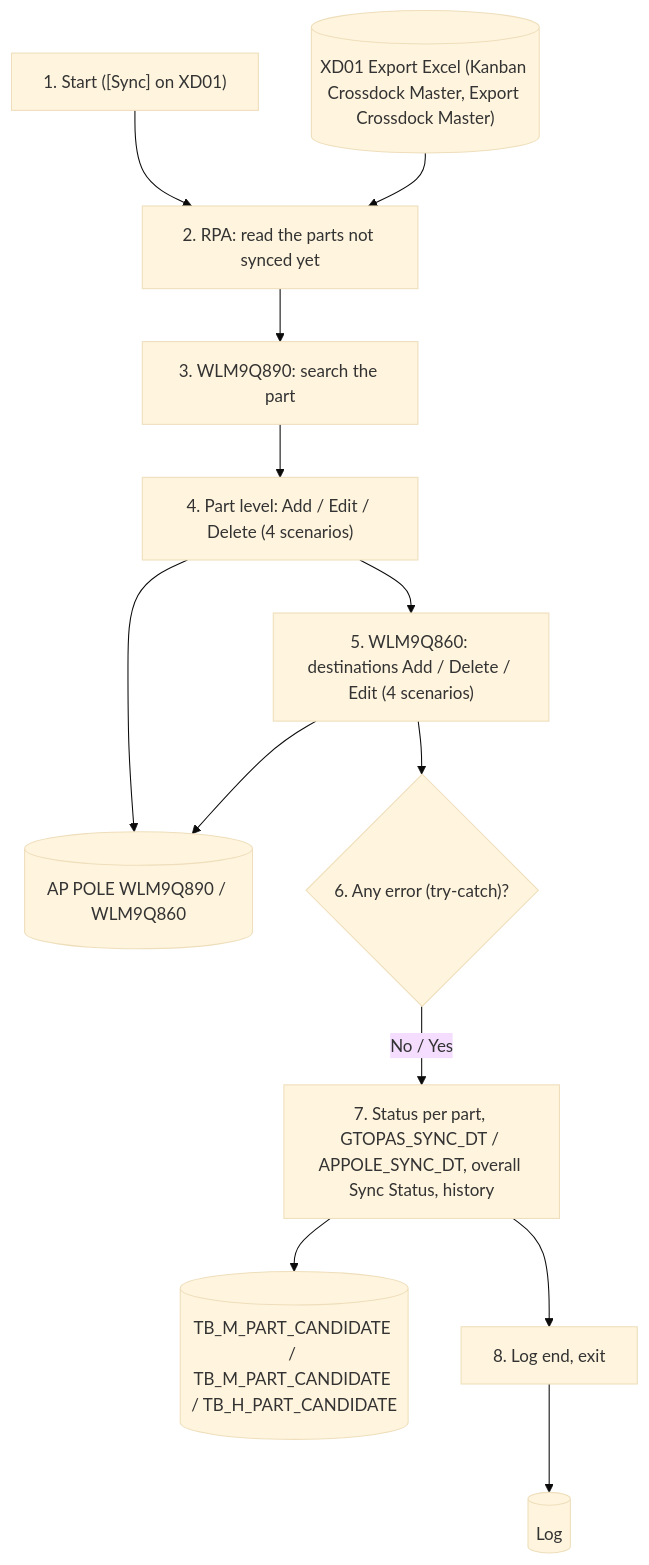
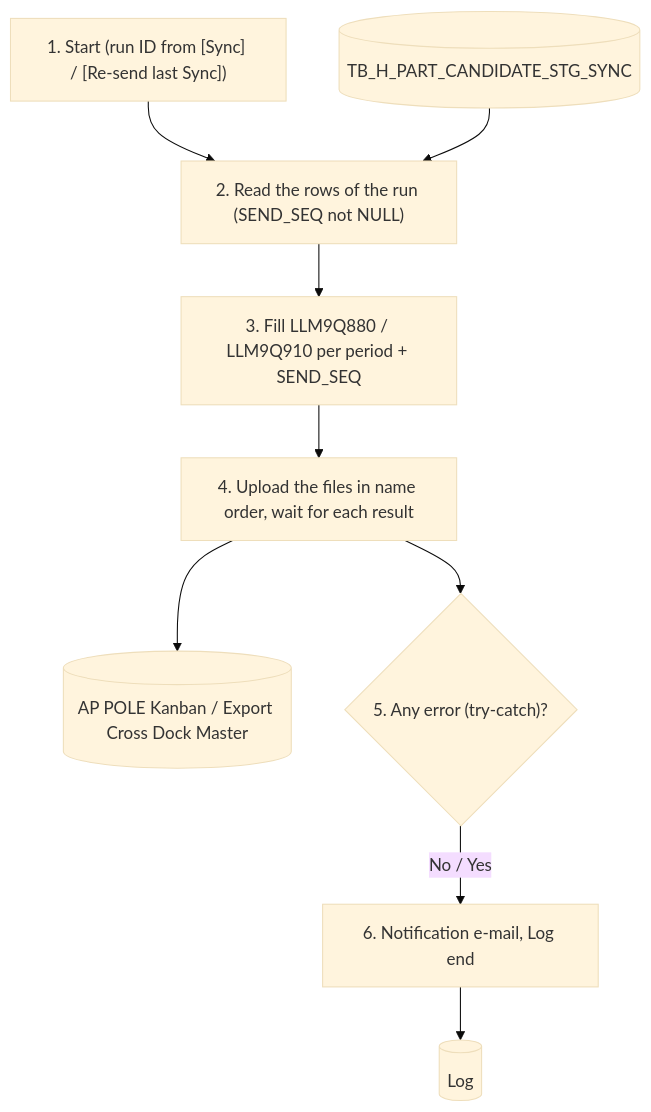
The second of 2 diagrams in prepare_code/uiss/XD07_Batch_IFCrossDockMasterToAPPOLE.md (ivanrayhannn/crossdockpoc), drawn with Mermaid (base theme) before and after one commit. The commit also changed other lines of this file and 28 other files, not shown here.

First line of the commit message:
UISS XD01-XD03, XD05-XD07: sync with TB_H_PART_CANDIDATE_STG_SYNC (no sync column on the master, SEND_SEQ upload files, GTOPAS by status + period); ERD, DB Structure, UR summary and Function Summary

````diff
--- a/prepare_code/uiss/XD07_Batch_IFCrossDockMasterToAPPOLE.md
+++ b/prepare_code/uiss/XD07_Batch_IFCrossDockMasterToAPPOLE.md
@@ -106,27 +104,20 @@
 ```mermaid
 flowchart TB
-  p1["1. Start ([Sync] on XD01)"]
-  src[("XD01 Export Excel (Kanban Crossdock Master, Export Crossdock Master)")]
-  p2["2. RPA: read the parts not synced yet"]
-  p3["3. WLM9Q890: search the part"]
-  p4["4. Part level: Add / Edit / Delete (4 scenarios)"]
-  p5["5. WLM9Q860: destinations Add / Delete / Edit (4 scenarios)"]
-  ap[("AP POLE WLM9Q890 / WLM9Q860")]
-  d{"6. Any error (try-catch)?"}
-  p7["7. Status per part, GTOPAS_SYNC_DT / APPOLE_SYNC_DT, overall Sync Status, history"]
-  o[("TB_M_PART_CANDIDATE / TB_M_PART_CANDIDATE / TB_H_PART_CANDIDATE")]
-  p8["8. Log end, exit"]
+  p1["1. Start (run ID from [Sync] / [Re-send last Sync])"]
+  src[("TB_H_PART_CANDIDATE_STG_SYNC")]
+  p2["2. Read the rows of the run (SEND_SEQ not NULL)"]
+  p3["3. Fill LLM9Q880 / LLM9Q910 per period + SEND_SEQ"]
+  p4["4. Upload the files in name order, wait for each result"]
+  ap[("AP POLE Kanban / Export Cross Dock Master")]
+  d{"5. Any error (try-catch)?"}
+  p6["6. Notification e-mail, Log end"]
   log[("Log")]
   p1 --> p2
   src --> p2
   p2 --> p3
   p3 --> p4
-  p4 --> p5
   p4 --> ap
-  p5 --> ap
-  p5 --> d
-  d -->|No / Yes| p7
-  p7 --> o
-  p7 --> p8
-  p8 --> log
+  p4 --> d
+  d -->|No / Yes| p6
+  p6 --> log
 ```
````
